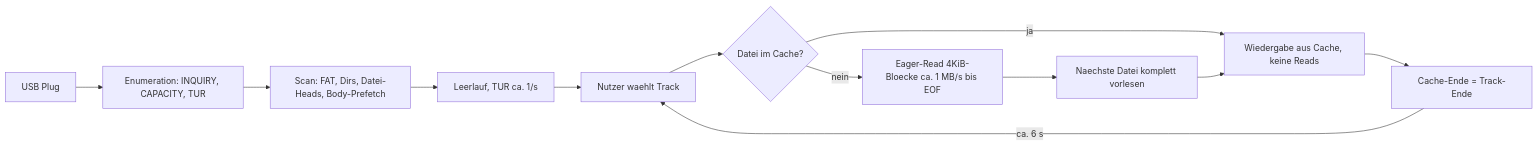
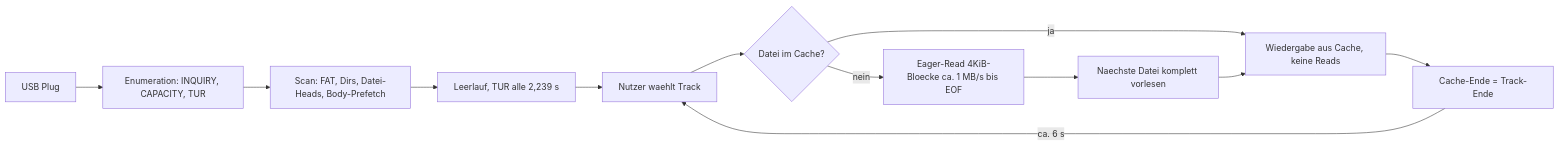
The first of 2 diagrams in docs/fahrzeug/HU-Technical-Facts.md (MPunktBPunkt/pidrive), drawn with Mermaid before and after one commit. The commit also changed other lines of this file and 3 other files, not shown here.

````diff
--- a/docs/fahrzeug/HU-Technical-Facts.md
+++ b/docs/fahrzeug/HU-Technical-Facts.md
@@ -24,14 +24,14 @@
 ```mermaid
 flowchart LR
   Plug["USB Plug"] --> Enum["Enumeration: INQUIRY, CAPACITY, TUR"]
   Enum --> Scan["Scan: FAT, Dirs, Datei-Heads, Body-Prefetch"]
-  Scan --> Wait["Leerlauf, TUR ca. 1/s"]
+  Scan --> Wait["Leerlauf, TUR alle 2,239 s"]
   Wait --> Sel["Nutzer waehlt Track"]
   Sel --> Cached{"Datei im Cache?"}
   Cached -->|ja| PlayCache["Wiedergabe aus Cache, keine Reads"]
   Cached -->|nein| Eager["Eager-Read 4KiB-Bloecke ca. 1 MB/s bis EOF"]
   Eager --> NextPf["Naechste Datei komplett vorlesen"]
   NextPf --> PlayCache
   PlayCache --> Eof["Cache-Ende = Track-Ende"]
   Eof -->|"ca. 6 s"| Sel
 ```
````
